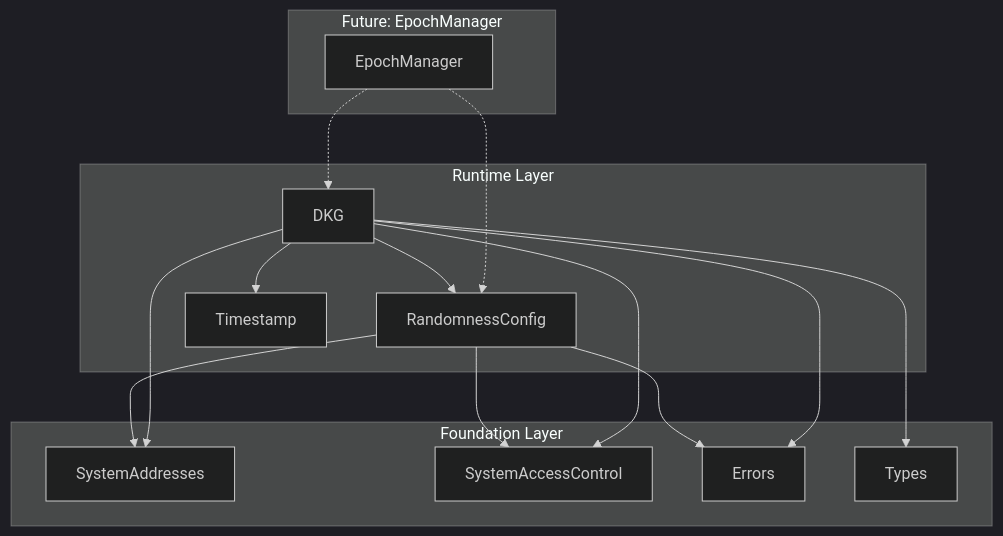
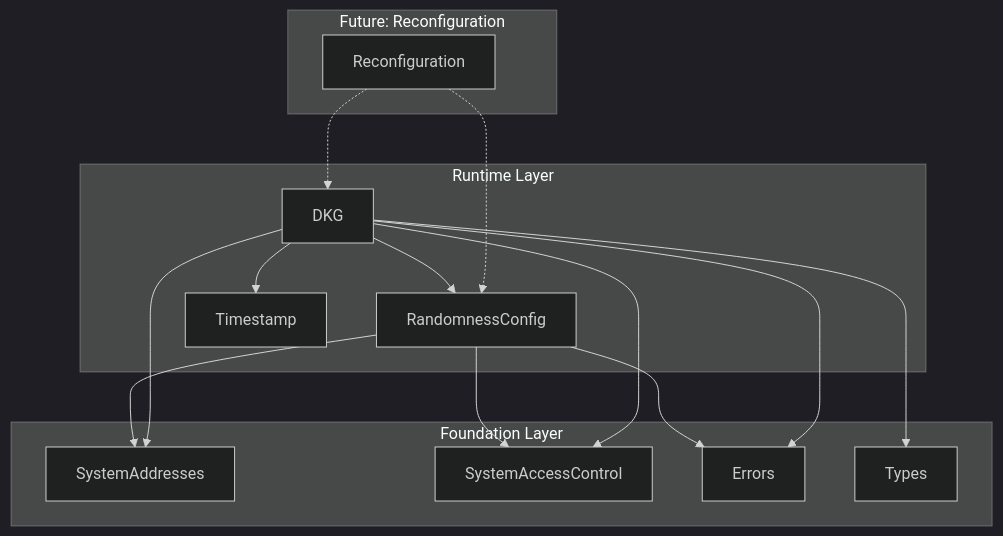
The diagram in spec_v2/randomness.spec.md (Galxe/gravity_chain_core_contracts), drawn with Mermaid (dark theme) before and after one commit. The commit also changed other lines of this file and 26 other files, not shown here.

First line of the commit message:
fix: rename EpochManager to Reconfiguration for consistency

````diff
--- a/spec_v2/randomness.spec.md
+++ b/spec_v2/randomness.spec.md
@@ -30,32 +30,32 @@
 ```mermaid
 graph TD
     subgraph Foundation[Foundation Layer]
         SA[SystemAddresses]
         SAC[SystemAccessControl]
         E[Errors]
         T[Types]
     end
     
     subgraph Runtime[Runtime Layer]
         RC[RandomnessConfig]
         DKG[DKG]
         TS[Timestamp]
     end
     
     RC --> SA
     RC --> SAC
     RC --> E
     DKG --> SA
     DKG --> SAC
     DKG --> E
     DKG --> T
     DKG --> RC
     DKG --> TS
     
-    subgraph Future[Future: EpochManager]
-        EM[EpochManager]
+    subgraph Future[Future: Reconfiguration]
+        EM[Reconfiguration]
     end
     
     EM -.-> RC
     EM -.-> DKG
 ```
````
